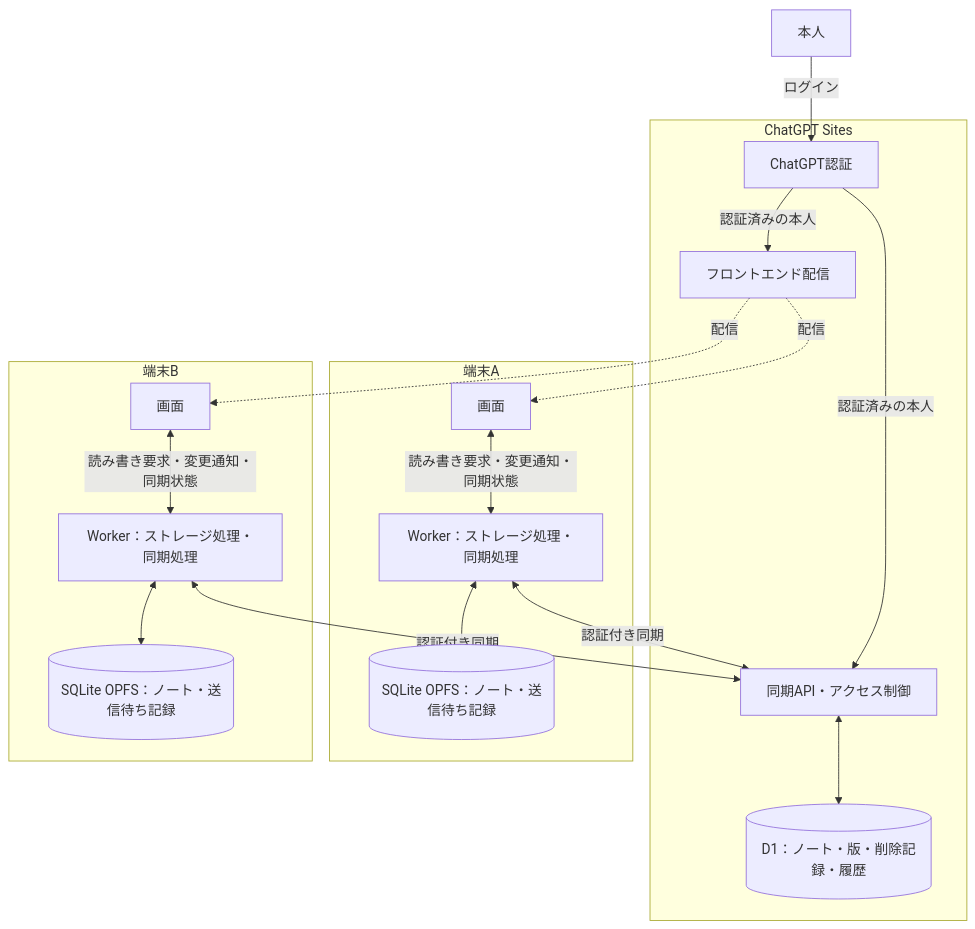
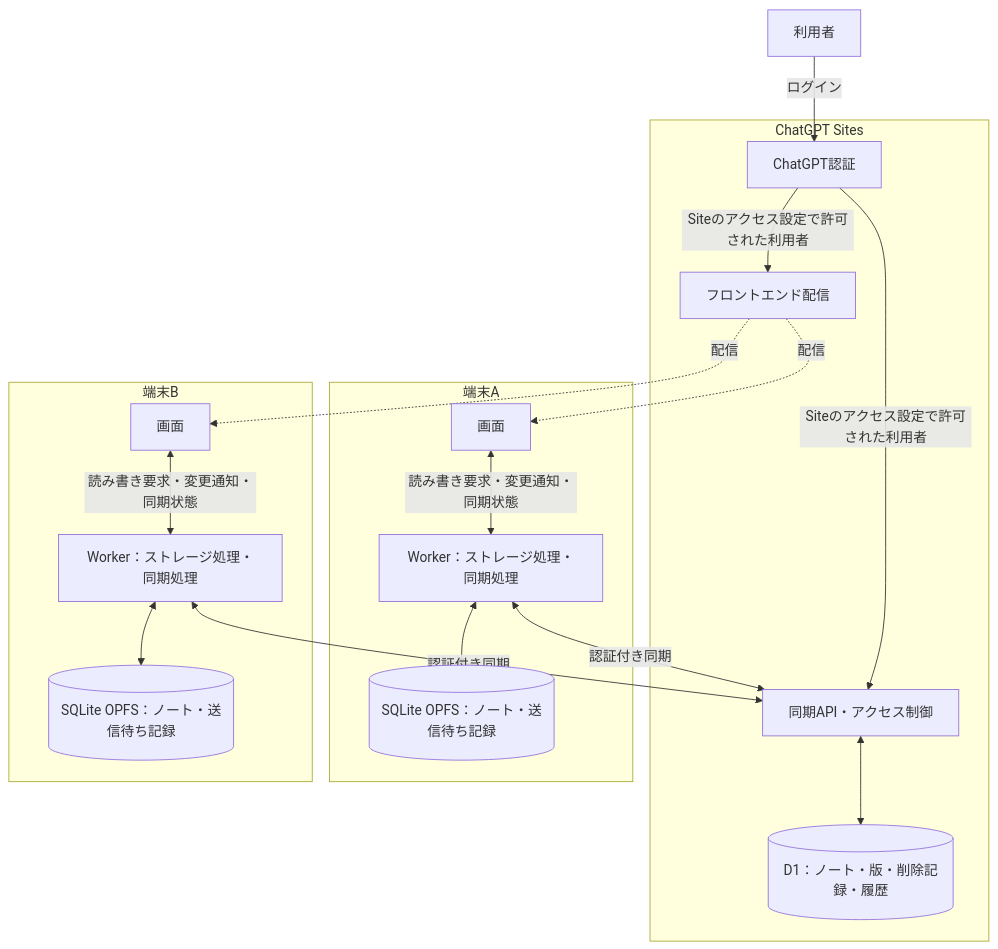
The first of 2 diagrams in docs/Cloud Sync.md (oshikiri/planty-wiki), drawn with Mermaid before and after one commit. The commit also changed other lines of this file and 5 other files, not shown here.

````diff
--- a/docs/Cloud Sync.md
+++ b/docs/Cloud Sync.md
@@ -17,31 +22,31 @@
 ```mermaid
 flowchart TB
-    user["本人"] -->|ログイン| auth
+    user["利用者"] -->|ログイン| auth
     subgraph sites["ChatGPT Sites"]
         frontend["フロントエンド配信"]
         auth["ChatGPT認証"]
         api["同期API・アクセス制御"]
         db[("D1：ノート・版・削除記録・履歴")]
-        auth -->|認証済みの本人| frontend
-        auth -->|認証済みの本人| api
+        auth -->|Siteのアクセス設定で許可された利用者| frontend
+        auth -->|Siteのアクセス設定で許可された利用者| api
         api <--> db
     end
     subgraph deviceA["端末A"]
         appA["画面"]
         workerA["Worker：ストレージ処理・同期処理"]
         localA[("SQLite OPFS：ノート・送信待ち記録")]
         appA <-->|読み書き要求・変更通知・同期状態| workerA
         workerA <--> localA
     end
     subgraph deviceB["端末B"]
         appB["画面"]
         workerB["Worker：ストレージ処理・同期処理"]
         localB[("SQLite OPFS：ノート・送信待ち記録")]
         appB <-->|読み書き要求・変更通知・同期状態| workerB
         workerB <--> localB
     end
     frontend -.->|配信| appA
     frontend -.->|配信| appB
     workerA <-->|認証付き同期| api
     workerB <-->|認証付き同期| api
 ```
````
